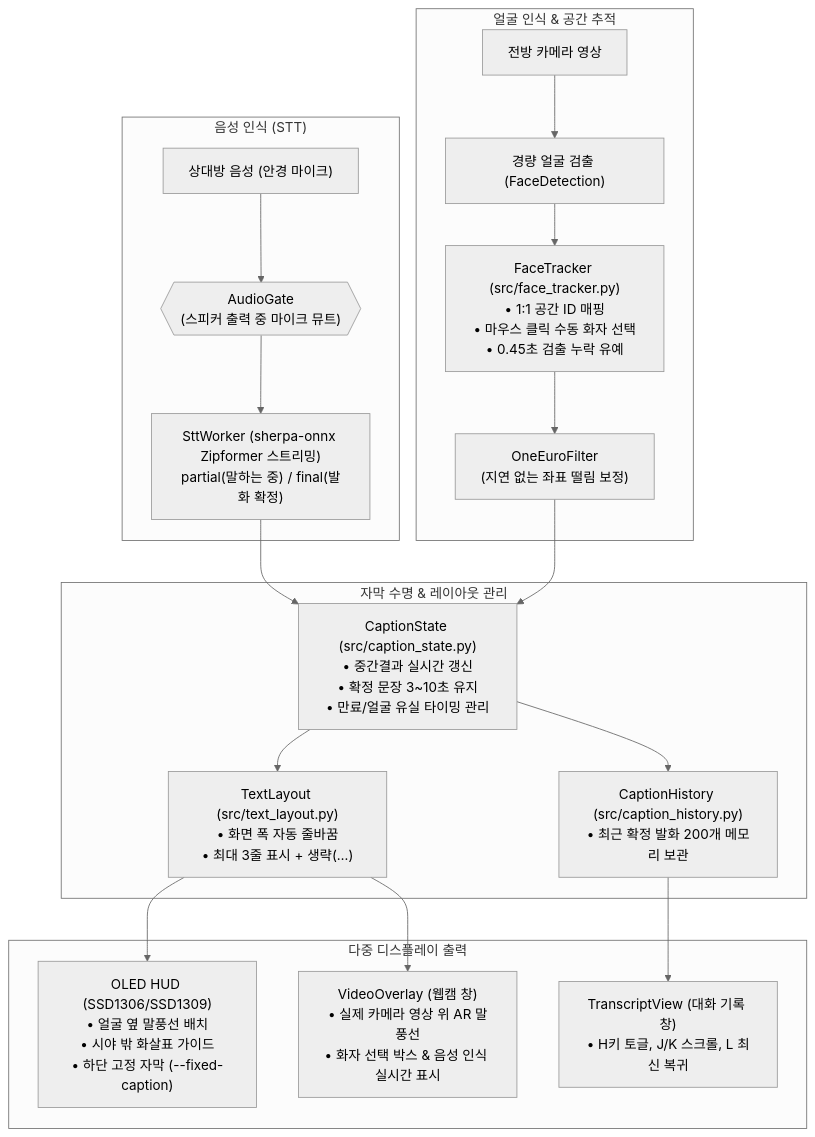
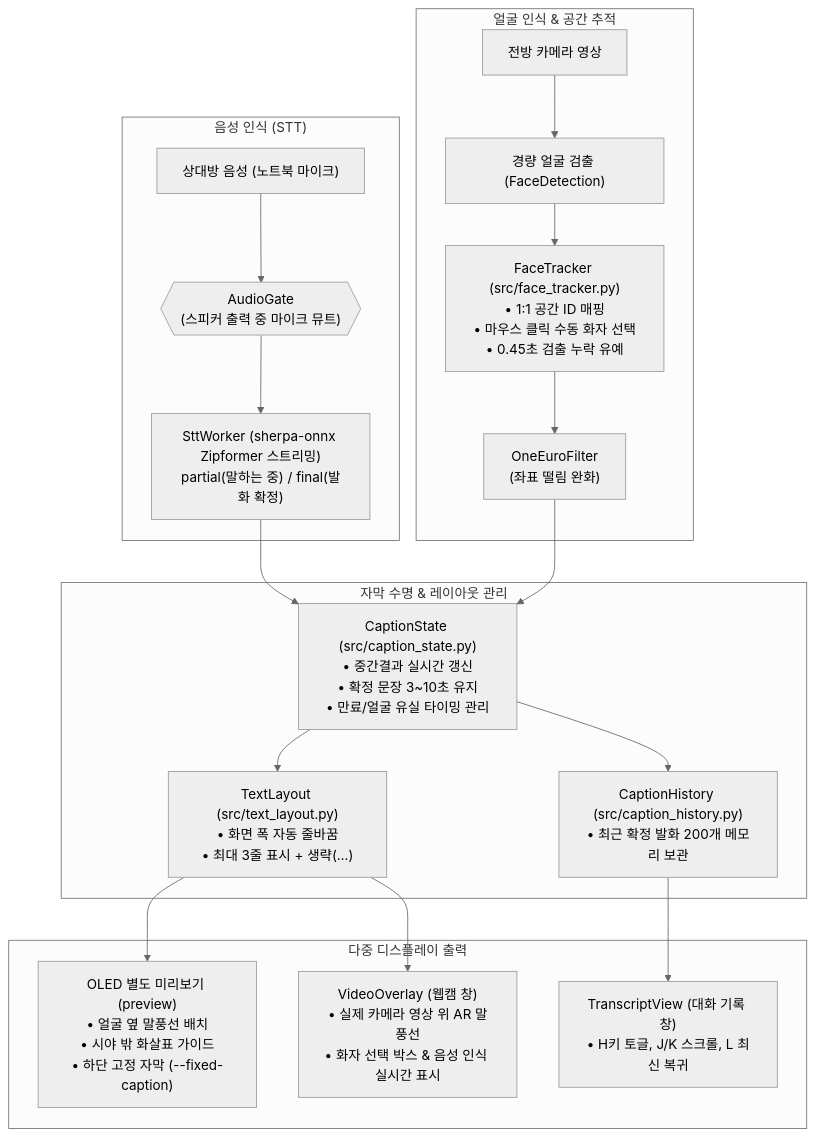
The third of 3 diagrams in README.md (vagus3/SignLanguageGlass), drawn with Mermaid (neutral theme) before and after one commit. The commit also changed other lines of this file and 23 other files, not shown here.

````diff
--- a/README.md
+++ b/README.md
@@ -218,36 +243,36 @@
 ```mermaid
 flowchart TD
     subgraph Audio["음성 인식 (STT)"]
-        Mic["상대방 음성 (안경 마이크)"]
+        Mic["상대방 음성 (노트북 마이크)"]
         Gate{{"AudioGate\n(스피커 출력 중 마이크 뮤트)"}}
         Sherpa["SttWorker (sherpa-onnx Zipformer 스트리밍)\npartial(말하는 중) / final(발화 확정)"]
     end
 
     subgraph Vision["얼굴 인식 & 공간 추적"]
         Cam["전방 카메라 영상"]
         Det["경량 얼굴 검출 (FaceDetection)"]
         Track["FaceTracker (src/face_tracker.py)\n• 1:1 공간 ID 매핑\n• 마우스 클릭 수동 화자 선택\n• 0.45초 검출 누락 유예"]
-        Smooth["OneEuroFilter\n(지연 없는 좌표 떨림 보정)"]
+        Smooth["OneEuroFilter\n(좌표 떨림 완화)"]
     end
 
     subgraph Layout["자막 수명 & 레이아웃 관리"]
         State["CaptionState (src/caption_state.py)\n• 중간결과 실시간 갱신\n• 확정 문장 3~10초 유지\n• 만료/얼굴 유실 타이밍 관리"]
         Txt["TextLayout (src/text_layout.py)\n• 화면 폭 자동 줄바꿈\n• 최대 3줄 표시 + 생략(…)"]
         Hist["CaptionHistory (src/caption_history.py)\n• 최근 확정 발화 200개 메모리 보관"]
     end
 
     subgraph Display["다중 디스플레이 출력"]
-        OLED["OLED HUD (SSD1306/SSD1309)\n• 얼굴 옆 말풍선 배치\n• 시야 밖 화살표 가이드\n• 하단 고정 자막 (--fixed-caption)"]
+        OLED["OLED 별도 미리보기 (preview)\n• 얼굴 옆 말풍선 배치\n• 시야 밖 화살표 가이드\n• 하단 고정 자막 (--fixed-caption)"]
         Video["VideoOverlay (웹캠 창)\n• 실제 카메라 영상 위 AR 말풍선\n• 화자 선택 박스 & 음성 인식 실시간 표시"]
         Transcript["TranscriptView (대화 기록 창)\n• H키 토글, J/K 스크롤, L 최신 복귀"]
     end
 
     Mic --> Gate --> Sherpa --> State
     Cam --> Det --> Track --> Smooth --> State
     State --> Txt
     State --> Hist
 
     Txt --> OLED
     Txt --> Video
     Hist --> Transcript
 ```
````
